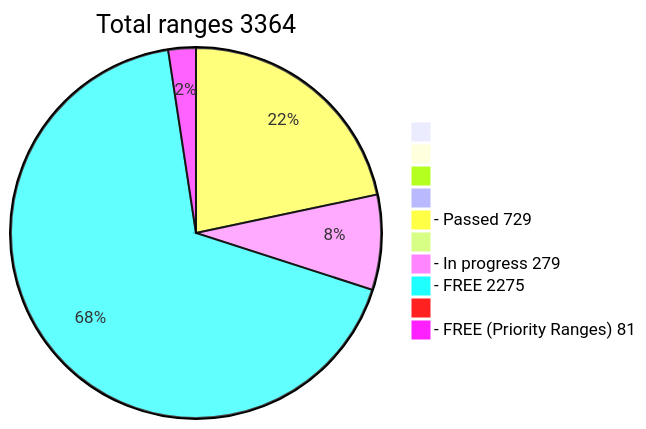
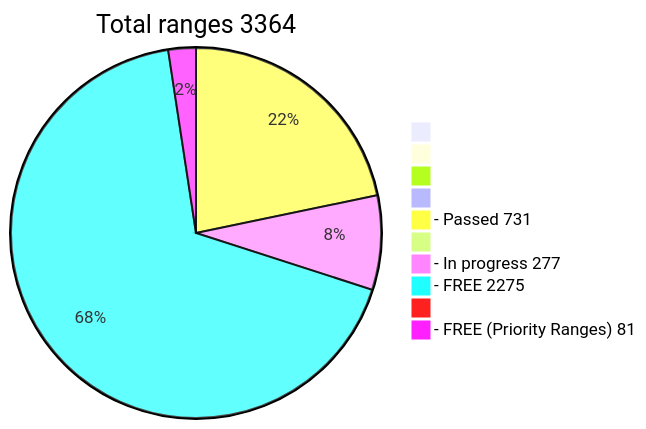
The diagram in README.md (phrutis/wif500), drawn with Mermaid before and after one commit.

````diff
--- a/README.md
+++ b/README.md
@@ -16,13 +16,13 @@
 ```mermaid
 pie title Total ranges 3364
              " " : 0
             "  " : 0
            "   " : 0
           "    " : 0
-  "- Passed 729" : 729
+  "- Passed 731" : 731
          "     " : 0
-  "- In progress 279" : 279
+  "- In progress 277" : 277
    "- FREE 2275" : 2275
         "      " : 0
   "- FREE (Priority Ranges) 81" : 81
 ```
````
